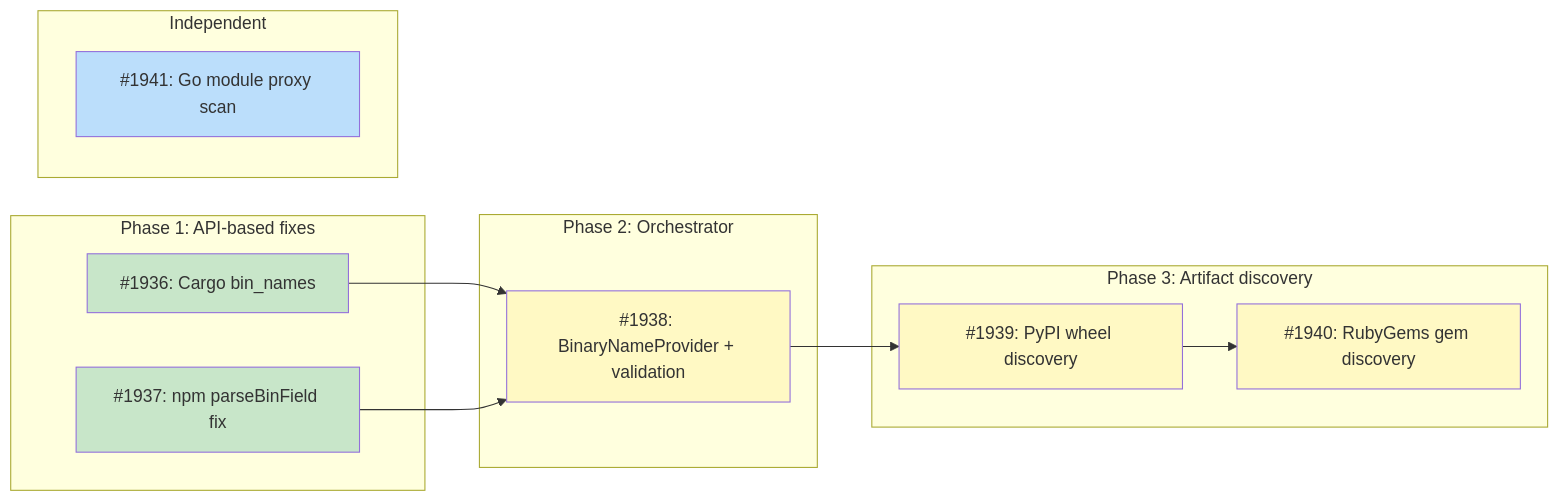
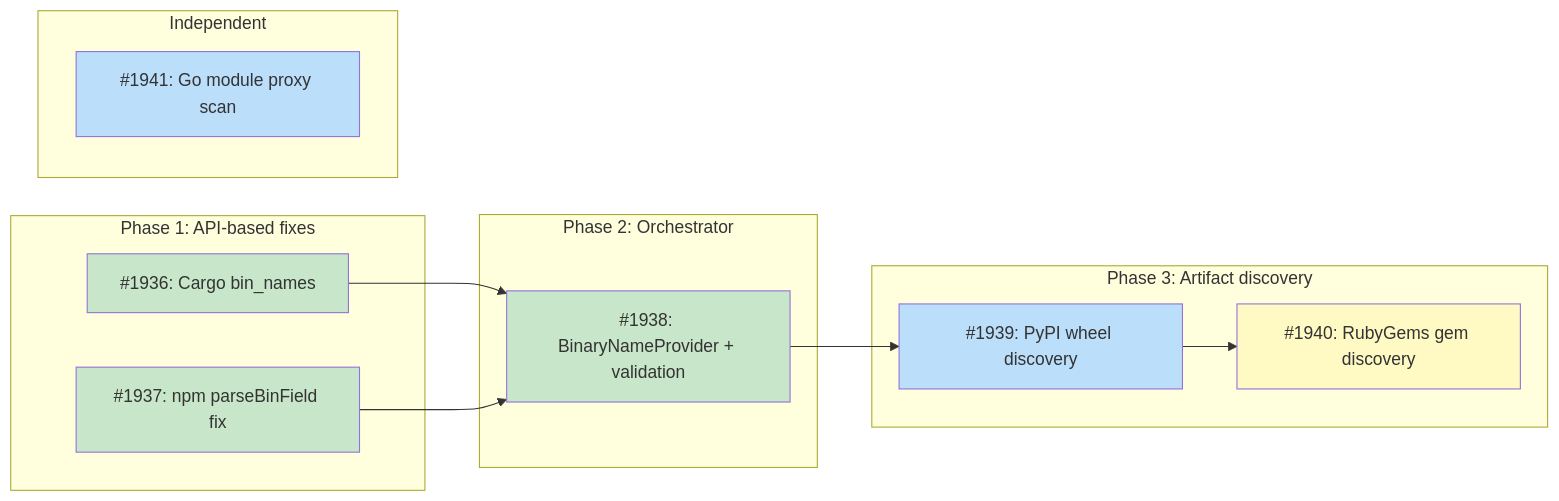
One commit to tsukumogami/tsuku changed the diagram in docs/designs/DESIGN-binary-name-discovery.md. Above: the diagram before and after it, drawn with Mermaid. The commit also changed other lines of this file and 2 other files, not shown here.

Commit message:
docs: mark #1938 complete in design doc

````diff
--- a/docs/designs/DESIGN-binary-name-discovery.md
+++ b/docs/designs/DESIGN-binary-name-discovery.md
@@ -55,35 +55,35 @@
 ```mermaid
 graph LR
     subgraph Phase1["Phase 1: API-based fixes"]
         I1936["#1936: Cargo bin_names"]
         I1937["#1937: npm parseBinField fix"]
     end
 
     subgraph Phase2["Phase 2: Orchestrator"]
         I1938["#1938: BinaryNameProvider + validation"]
     end
 
     subgraph Phase3["Phase 3: Artifact discovery"]
         I1939["#1939: PyPI wheel discovery"]
         I1940["#1940: RubyGems gem discovery"]
     end
 
     subgraph Independent["Independent"]
         I1941["#1941: Go module proxy scan"]
     end
 
     I1936 --> I1938
     I1937 --> I1938
     I1938 --> I1939
     I1939 --> I1940
 
     classDef done fill:#c8e6c9
     classDef ready fill:#bbdefb
     classDef blocked fill:#fff9c4
     classDef needsDesign fill:#e1bee7
     classDef tracksDesign fill:#FFE0B2,stroke:#F57C00,color:#000
 
-    class I1936,I1937 done
-    class I1941 ready
-    class I1938,I1939,I1940 blocked
+    class I1936,I1937,I1938 done
+    class I1939,I1941 ready
+    class I1940 blocked
 ```
````
